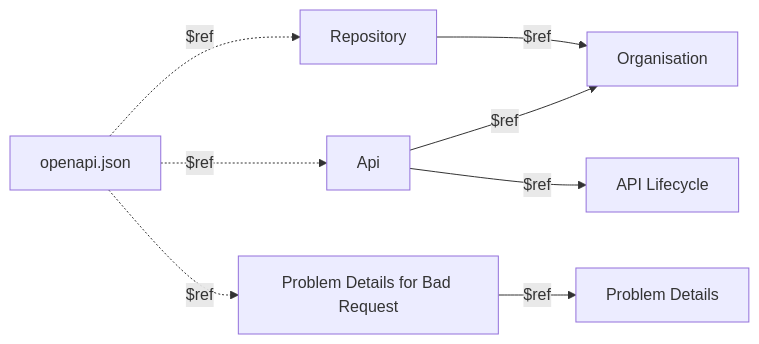
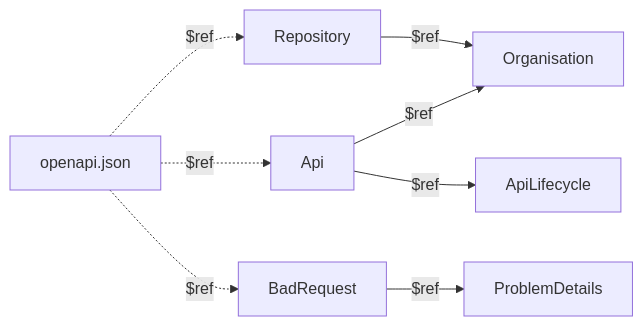
One commit to developer-overheid-nl/don-site changed the diagram in blog/2026/11/18-schema-register.md. Above: the diagram before and after it, drawn with Mermaid. The commit also changed other lines of this file, not shown here.

First line of the commit message:
docs: link naar Problem Details in de kennisbank

````diff
--- a/blog/2026/11/18-schema-register.md
+++ b/blog/2026/11/18-schema-register.md
@@ -160,10 +143,10 @@
 ```mermaid
 flowchart LR
   api["Api"] -->|$ref| organisation["Organisation"]
-  api -->|$ref| lifecycle["API Lifecycle"]
+  api -->|$ref| lifecycle["ApiLifecycle"]
   repository["Repository"] -->|$ref| organisation
-  badRequest["Problem Details for Bad Request"] -->|$ref| problem["Problem Details"]
+  badRequest["BadRequest"] -->|$ref| problem["ProblemDetails"]
   openapi["openapi.json"] -.->|$ref| api
   openapi -.->|$ref| repository
   openapi -.->|$ref| badRequest
 ```
````
